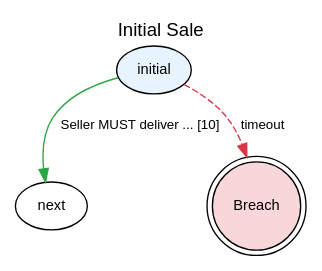
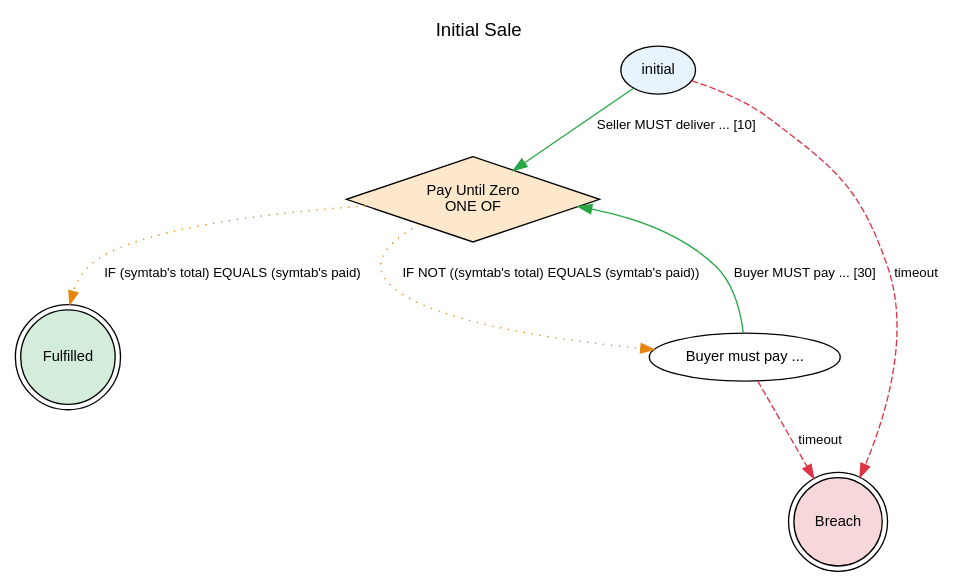
The diagram in jl4/examples/state-graphs/InitialSale.dot (legalese/l4-ide), drawn with Graphviz before and after one commit. The commit also changed 35 other files, not shown here.

First line of the commit message:
state-graphs: regenerate every diagram against unstable e2f4a71f (post #395/#399/#401/#407/#411/#412)

```diff
--- a/jl4/examples/state-graphs/InitialSale.dot
+++ b/jl4/examples/state-graphs/InitialSale.dot
@@ -1,32 +1,54 @@
 digraph {
     graph [rankdir=TB
           ,label="Initial Sale"
           ,labelloc=t
           ,fontname=Helvetica
           ,fontsize=14];
     node [fontname=Helvetica
          ,fontsize=11];
     edge [fontname=Helvetica
          ,fontsize=10];
     0 [label=initial
       ,fillcolor=white
       ,style=filled
       ,shape=ellipse
       ,fillcolor="#e8f4fd"];
-    1 [label=next
+    1 [label="Pay Until Zero\nONE OF"
+      ,fillcolor=white
+      ,style=filled
+      ,shape=diamond
+      ,fillcolor="#fde8cc"];
+    2 [label=Fulfilled
+      ,fillcolor=white
+      ,style=filled
+      ,shape=doublecircle
+      ,fillcolor="#d4edda"];
+    3 [label="Buyer must pay ..."
       ,fillcolor=white
       ,style=filled
       ,shape=ellipse
       ,fillcolor="#ffffff"];
-    2 [label=Breach
+    4 [label=Breach
       ,fillcolor=white
       ,style=filled
       ,shape=doublecircle
       ,fillcolor="#f8d7da"];
     0 -> 1 [label="Seller MUST deliver ... [10]"
            ,color="#28a745"
            ,style=solid];
-    0 -> 2 [label=timeout
+    0 -> 4 [label=timeout
+           ,color="#dc3545"
+           ,style=dashed];
+    1 -> 2 [label=" IF (symtab's total) EQUALS (symtab's paid)"
+           ,color="#e8850c"
+           ,style=dotted];
+    1 -> 3 [label=" IF NOT ((symtab's total) EQUALS (symtab's paid))"
+           ,color="#e8850c"
+           ,style=dotted];
+    3 -> 1 [label="Buyer MUST pay ... [30]"
+           ,color="#28a745"
+           ,style=solid];
+    3 -> 4 [label=timeout
            ,color="#dc3545"
            ,style=dashed];
 }
```
